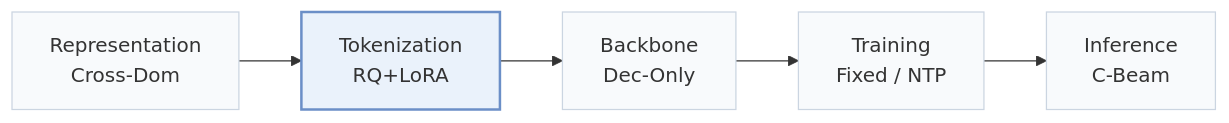
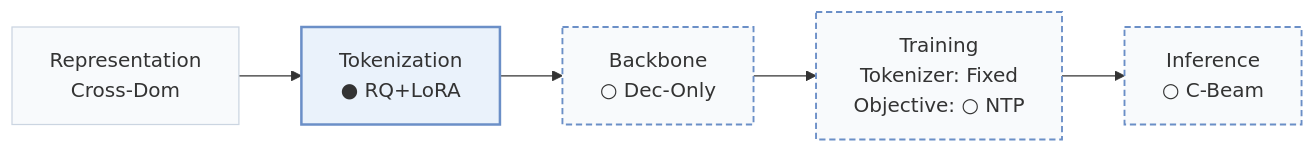
The first of 3 diagrams in pages/papers/gencdr.md (Galaxy-ghost/Awesome-SID-Generative-Rec), drawn with Mermaid before and after one commit. The commit also changed other lines of this file and 558 other files, not shown here.

````diff
--- a/pages/papers/gencdr.md
+++ b/pages/papers/gencdr.md
@@ -15,8 +19,10 @@
 ```mermaid
 flowchart LR
-    R["Representation<br/>Cross-Dom"] --> T["Tokenization<br/>RQ+LoRA"] --> B["Backbone<br/>Dec-Only"] --> TR["Training<br/>Fixed / NTP"] --> I["Inference<br/>C-Beam"]
+    R["Representation<br/>Cross-Dom"] --> T["Tokenization<br/>● RQ+LoRA"] --> B["Backbone<br/>○ Dec-Only"] --> TR["Training<br/>Tokenizer: Fixed<br/>Objective: ○ NTP"] --> I["Inference<br/>○ C-Beam"]
     classDef base fill:#f8fafc,stroke:#cbd5e1
     class R,T,B,TR,I base
+    classDef other fill:#f8fafc,stroke:#6b8fc7,stroke-width:1.5px,stroke-dasharray:5 3
+    class B,TR,I other
     classDef main fill:#eaf2fb,stroke:#6b8fc7,stroke-width:2px
     class T main
 ```
````
